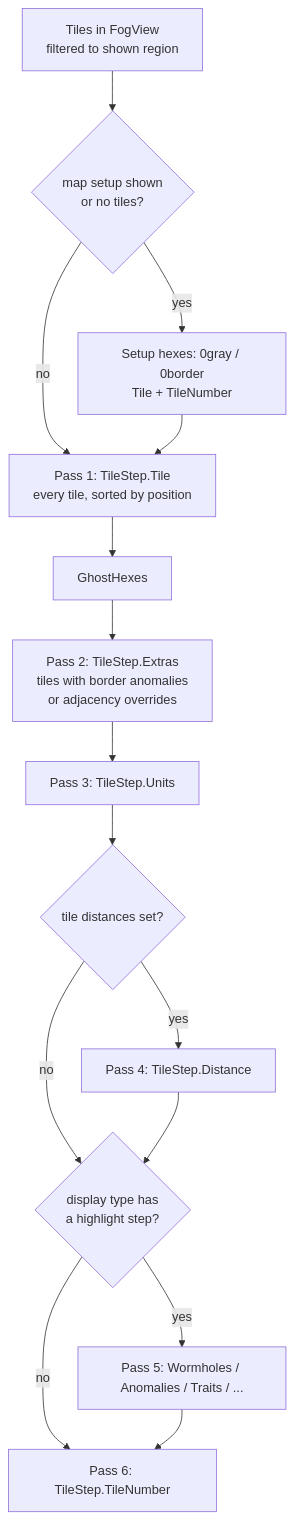
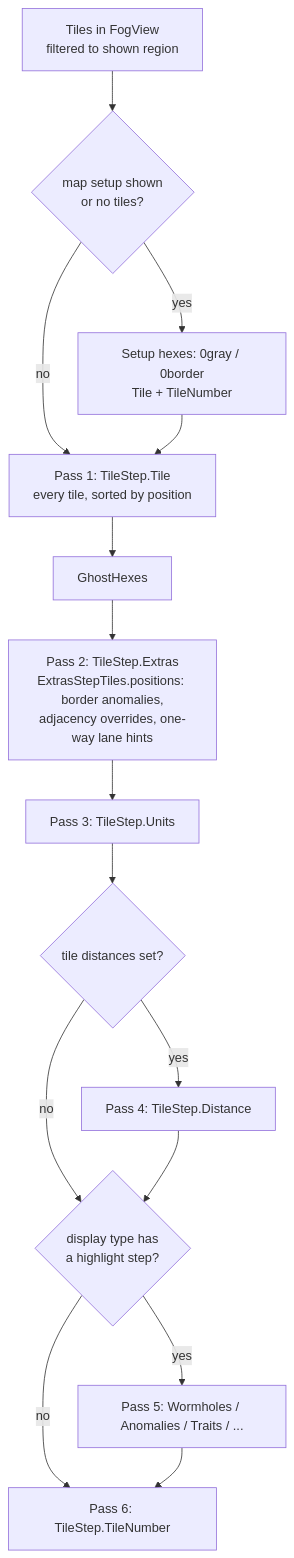
The fifth of 10 diagrams in src/main/java/ti4/image/README.md (AsyncTI4/TI4_map_generator_bot), drawn with Mermaid before and after one commit. The commit also changed 13 other files, not shown here.

First line of the commit message:
One way helpers (#6143)

````diff
--- a/src/main/java/ti4/image/README.md
+++ b/src/main/java/ti4/image/README.md
@@ -163,17 +163,17 @@
 ```mermaid
 flowchart TD
     Tiles[Tiles in FogView<br/>filtered to shown region] --> Setup{map setup shown<br/>or no tiles?}
     Setup -- yes --> Gray[Setup hexes: 0gray / 0border<br/>Tile + TileNumber]
     Setup -- no --> P1
     Gray --> P1
     P1[Pass 1: TileStep.Tile<br/>every tile, sorted by position] --> Ghost[GhostHexes]
-    Ghost --> P2[Pass 2: TileStep.Extras<br/>tiles with border anomalies<br/>or adjacency overrides]
+    Ghost --> P2[Pass 2: TileStep.Extras<br/>ExtrasStepTiles.positions: border anomalies,<br/>adjacency overrides, one-way lane hints]
     P2 --> P3[Pass 3: TileStep.Units]
     P3 --> D{tile distances set?}
     D -- yes --> P4[Pass 4: TileStep.Distance]
     D -- no --> H
     P4 --> H{display type has<br/>a highlight step?}
     H -- yes --> P5[Pass 5: Wormholes / Anomalies / Traits / ...]
     H -- no --> P6
     P5 --> P6[Pass 6: TileStep.TileNumber]
 ```
````
